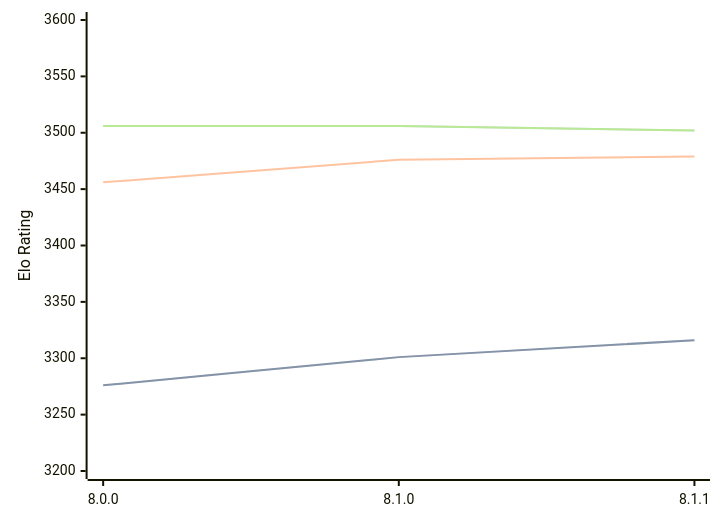
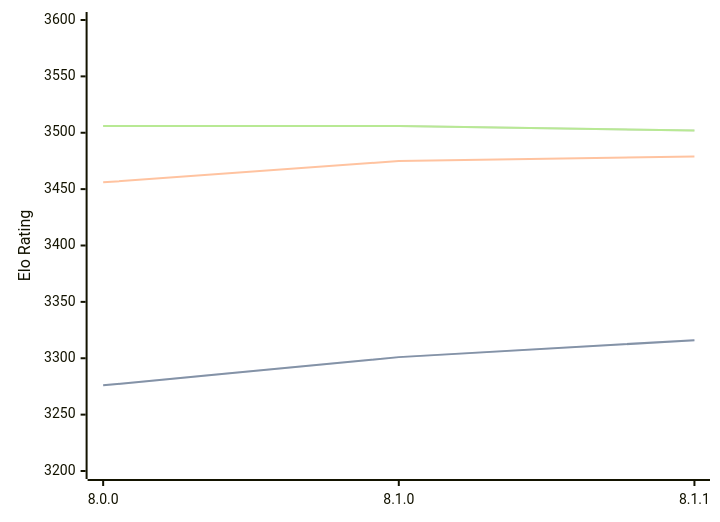
The diagram in engines/Velvet.md (computer-chess-index/cci), drawn with Mermaid before and after one commit. The commit also changed other lines of this file, not shown here.

````diff
--- a/engines/Velvet.md
+++ b/engines/Velvet.md
@@ -55,11 +55,11 @@
 ```mermaid
 %%{init: {"theme":"base","themeVariables":{"seriesColors:['#a3a3a3','#222221','#faa371']}}}%%
 xychart-beta
   x-axis ["8.0.0", "8.1.0", "8.1.1"]
   y-axis "Elo Rating" 3200 --> 3600
   line "STC (8.0+0.08s)" [3276, 3301, 3316]
   line "STC (8.0+0.08s)" [3276, 3301, 3316]
-  line "LTC (60.0+0.60s)" [3456, 3476, 3479]
+  line "LTC (60.0+0.60s)" [3456, 3475, 3479]
   line "VLTC (2m24s+1.12s)" [3506, 3506, 3502]
   line "VLTC (2m24s+1.12s)" [3506, 3506, 3502]
 ```
````
